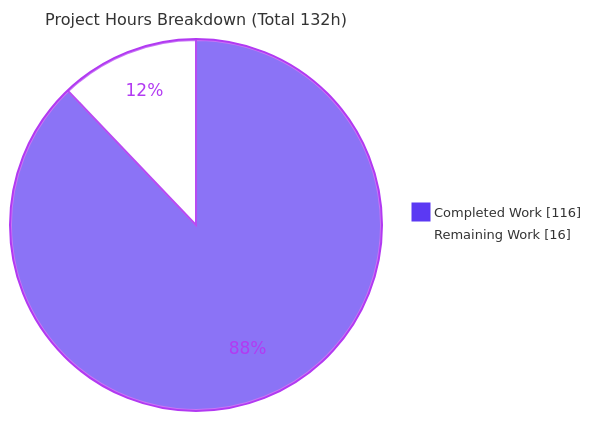
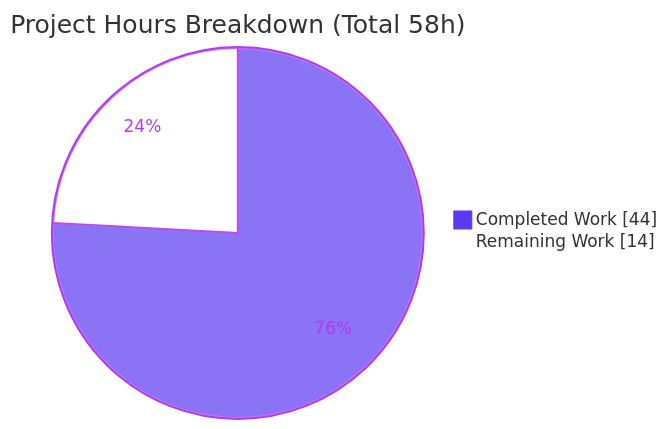
Before and after one commit to gblitzy/compvault: the second of 3 diagrams in blitzy/documentation/Project Guide.md, drawn with Mermaid. The commit also changed other lines of this file, not shown here.

Commit message:
Adding Blitzy Project Guide: Project Status and Human Tasks Remaining

````diff
--- a/blitzy/documentation/Project Guide.md
+++ b/blitzy/documentation/Project Guide.md
@@ -199,6 +213,6 @@
 ```mermaid
-%%{init: {'theme':'base', 'themeVariables': {'pie1':'#5B39F3','pie2':'#FFFFFF','pieStrokeColor':'#B23AF2','pieOuterStrokeColor':'#B23AF2','pieSectionTextColor':'#B23AF2','pieTitleTextSize':'16px','pieLegendTextSize':'13px'}}}%%
-pie showData title Project Hours Breakdown (Total 132h)
-    "Completed Work" : 116
-    "Remaining Work" : 16
+%%{init: {'theme':'base', 'themeVariables': {'pie1':'#5B39F3','pie2':'#FFFFFF','pieStrokeColor':'#B23AF2','pieStrokeWidth':'2px','pieOuterStrokeColor':'#B23AF2','pieOuterStrokeWidth':'2px','pieSectionTextColor':'#B23AF2','pieLegendTextColor':'#333'}}}%%
+pie showData title Project Hours Breakdown (Total 58h)
+    "Completed Work" : 44
+    "Remaining Work" : 14
 ```
````
